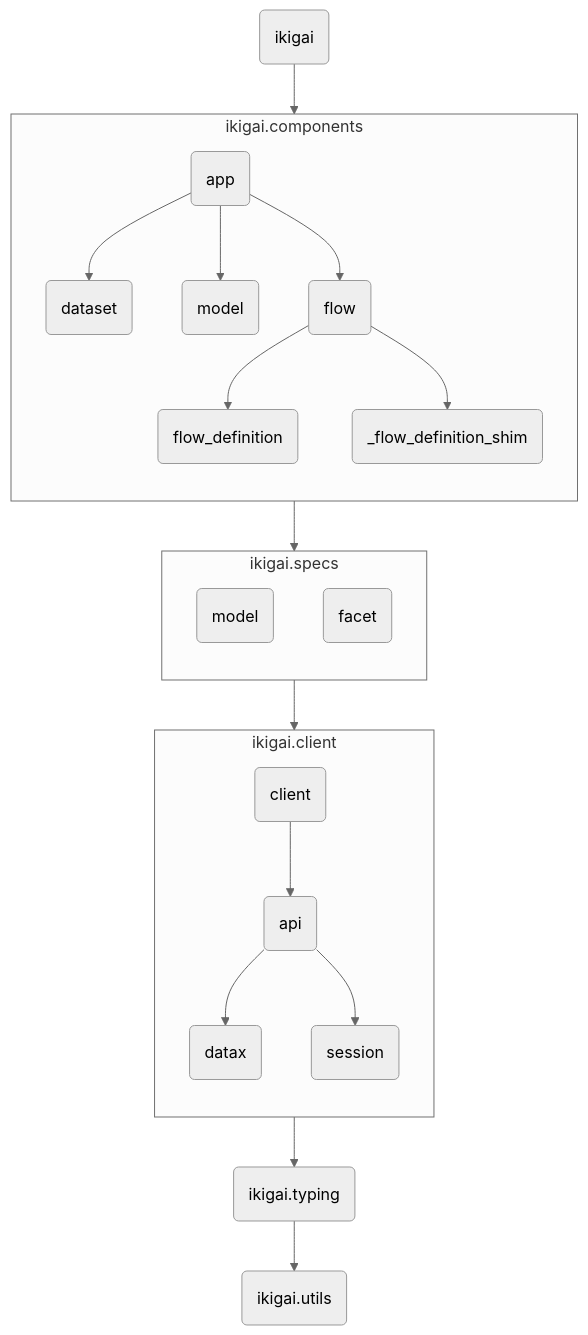
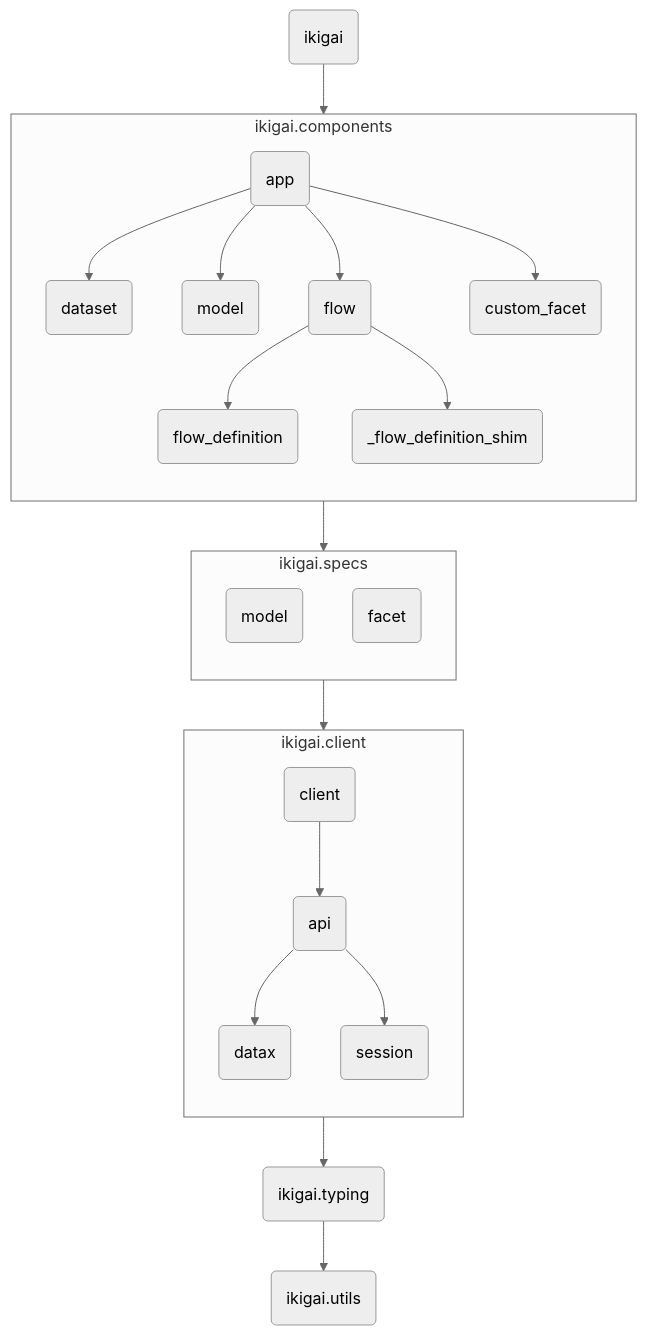
Before and after one commit to ikigailabs-io/ikigai: the diagram in CONTRIBUTING.md, drawn with Mermaid (neutral theme). The commit also changed other lines of this file and 3 other files, not shown here.

First line of the commit message:
Refactor: consolidate custom facet specs into facet module

````diff
--- a/CONTRIBUTING.md
+++ b/CONTRIBUTING.md
@@ -212,36 +213,37 @@
 ```mermaid
 graph TD
     %% Module Level
     %% Root[.] --> Ikigai
     Ikigai(ikigai) --> components(ikigai.components)
     components --> specs(ikigai.specs)
     specs --> client(ikigai.client)
     client --> typing(ikigai.typing)
     typing --> utils(ikigai.utils)
 
     %% Component SubModule
     subgraph components[ikigai.components]
         direction TB;
         ComponentsApp(app) --> ComponentsDataset(dataset)
         ComponentsApp --> ComponentsModel(model)
         ComponentsApp --> ComponentsFlow(flow)
+        ComponentsApp --> ComponentsCustomFacet(custom_facet)
         ComponentsFlow --> ComponentsFlowDefinition(flow_definition)
         ComponentsFlow --> ComponentsFlowDefinitionShim(_flow_definition_shim)
     end
 
     %% Specs SubModule
     subgraph specs[ikigai.specs]
         direction TB;
         SpecsModel(model);
         SpecsFacet(facet);
     end
 
     %% Client SubModule
     subgraph client[ikigai.client]
         direction TB;
         ClientClient(client) --> ClientAPI(api)
         ClientAPI --> ClientDatax(datax)
         ClientAPI --> ClientSession(session)
     end
 
 ```
````
